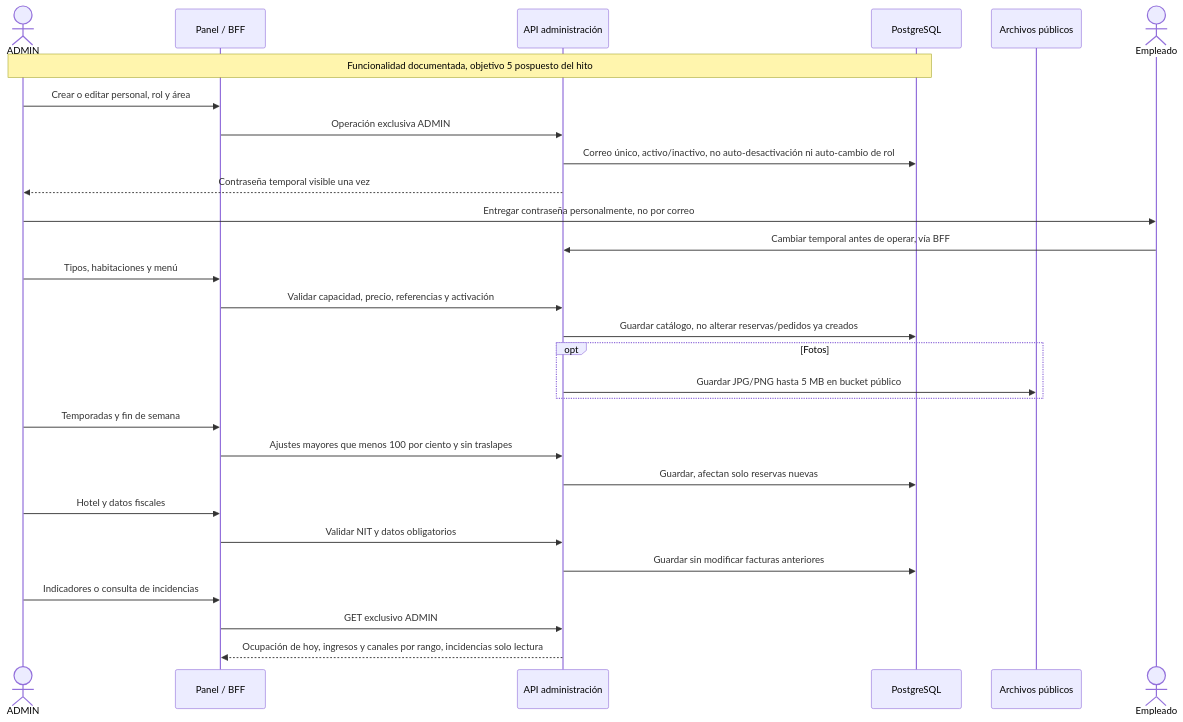
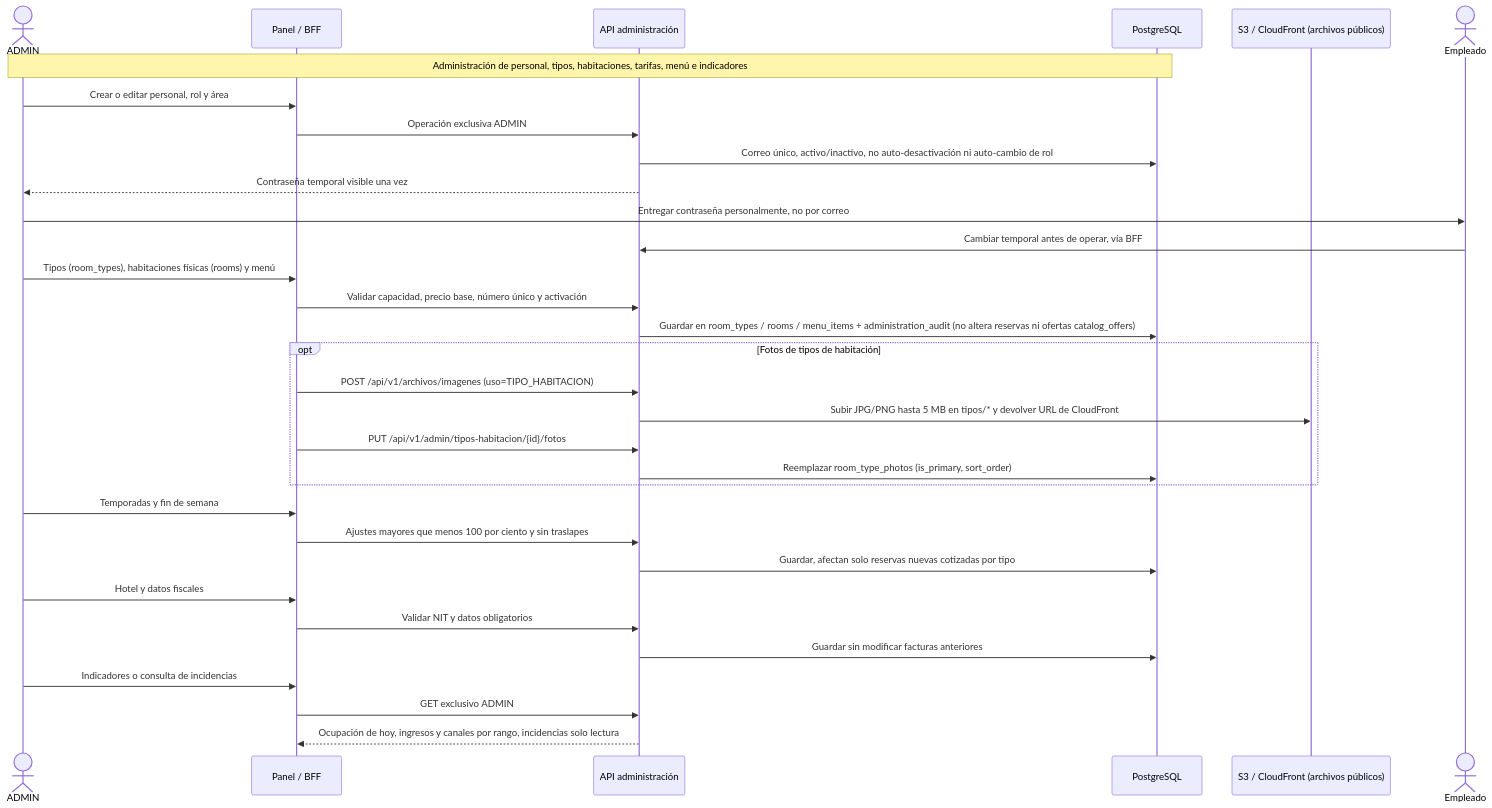
One commit to villaserenaguatee/villa-serena-docs changed the diagram in 03-arquitectura/diagramas-sistema/24-secuencia-administracion-y-configuracion.md. Above: the diagram before and after it, drawn with Mermaid. The commit also changed other lines of this file and 10 other files, not shown here.

Commit message:
docs: definir gestion de habitaciones, ofertas y tipos en Administracion (#40)

````diff
--- a/03-arquitectura/diagramas-sistema/24-secuencia-administracion-y-configuracion.md
+++ b/03-arquitectura/diagramas-sistema/24-secuencia-administracion-y-configuracion.md
@@ -7,31 +7,34 @@
 ```mermaid
 sequenceDiagram
   actor A as ADMIN
   participant B as Panel / BFF
   participant S as API administración
   participant D as PostgreSQL
-  participant F as Archivos públicos
+  participant F as S3 / CloudFront (archivos públicos)
   actor P as Empleado
-  Note over A,D: Funcionalidad documentada, objetivo 5 pospuesto del hito
+  Note over A,D: Administración de personal, tipos, habitaciones, tarifas, menú e indicadores
   A->>B: Crear o editar personal, rol y área
   B->>S: Operación exclusiva ADMIN
   S->>D: Correo único, activo/inactivo, no auto-desactivación ni auto-cambio de rol
   S-->>A: Contraseña temporal visible una vez
   A->>P: Entregar contraseña personalmente, no por correo
   P->>S: Cambiar temporal antes de operar, vía BFF
-  A->>B: Tipos, habitaciones y menú
-  B->>S: Validar capacidad, precio, referencias y activación
-  S->>D: Guardar catálogo, no alterar reservas/pedidos ya creados
-  opt Fotos
-    S->>F: Guardar JPG/PNG hasta 5 MB en bucket público
+  A->>B: Tipos (room_types), habitaciones físicas (rooms) y menú
+  B->>S: Validar capacidad, precio base, número único y activación
+  S->>D: Guardar en room_types / rooms / menu_items + administration_audit (no altera reservas ni ofertas catalog_offers)
+  opt Fotos de tipos de habitación
+    B->>S: POST /api/v1/archivos/imagenes (uso=TIPO_HABITACION)
+    S->>F: Subir JPG/PNG hasta 5 MB en tipos/* y devolver URL de CloudFront
+    B->>S: PUT /api/v1/admin/tipos-habitacion/{id}/fotos
+    S->>D: Reemplazar room_type_photos (is_primary, sort_order)
   end
   A->>B: Temporadas y fin de semana
   B->>S: Ajustes mayores que menos 100 por ciento y sin traslapes
-  S->>D: Guardar, afectan solo reservas nuevas
+  S->>D: Guardar, afectan solo reservas nuevas cotizadas por tipo
   A->>B: Hotel y datos fiscales
   B->>S: Validar NIT y datos obligatorios
   S->>D: Guardar sin modificar facturas anteriores
   A->>B: Indicadores o consulta de incidencias
   B->>S: GET exclusivo ADMIN
   S-->>B: Ocupación de hoy, ingresos y canales por rango, incidencias solo lectura
 ```
````
